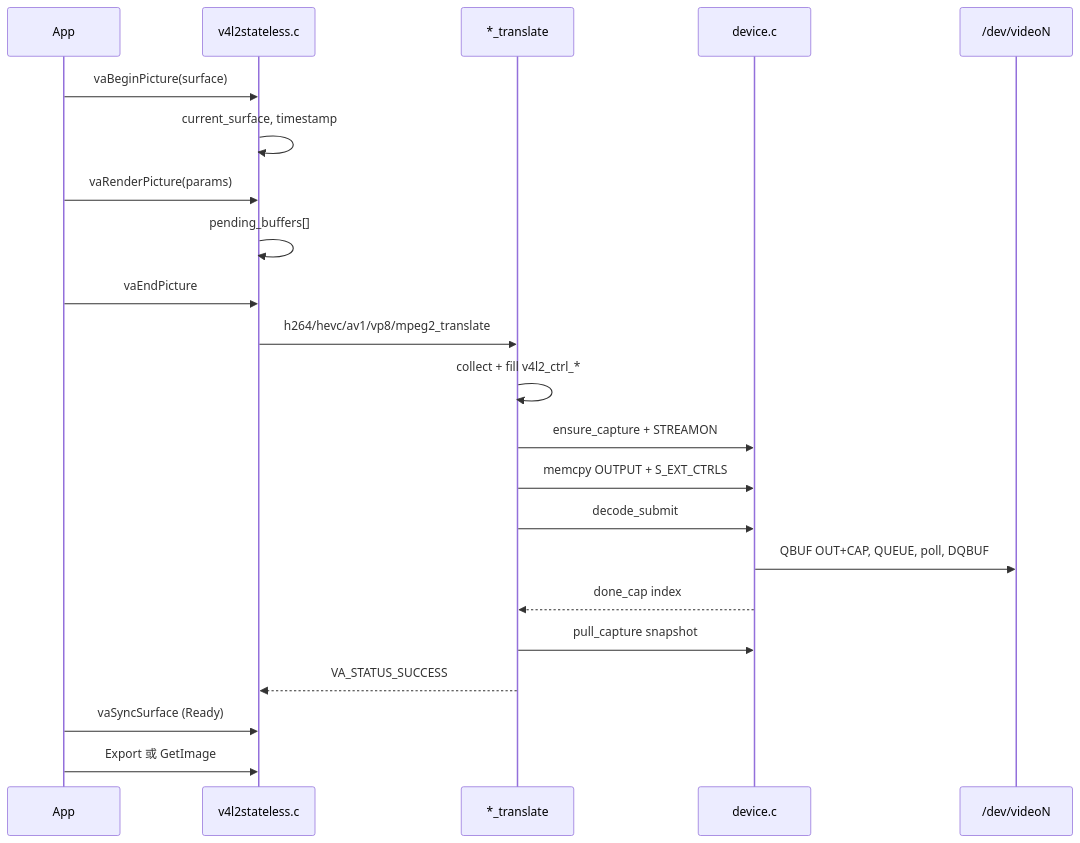
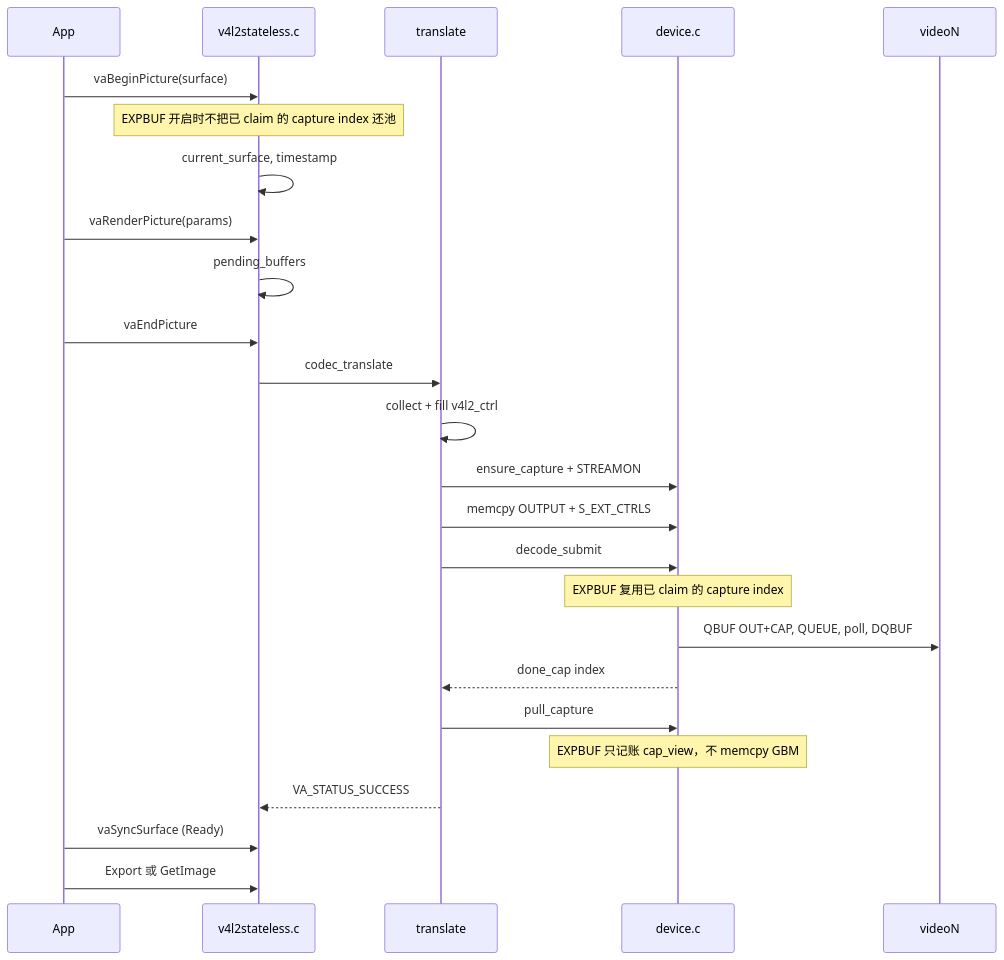
The diagram in docs/pipeline/decode.md (pty819/vaapi-v4l2-bridge), drawn with Mermaid before and after one commit. The commit also changed other lines of this file and 26 other files, not shown here.

````diff
--- a/docs/pipeline/decode.md
+++ b/docs/pipeline/decode.md
@@ -6,24 +6,27 @@
 ```{mermaid}
 sequenceDiagram
   participant App
   participant Front as v4l2stateless.c
-  participant Tx as *_translate
+  participant Tx as translate
   participant Dev as device.c
-  participant VPU as /dev/videoN
+  participant VPU as videoN
   App->>Front: vaBeginPicture(surface)
+  Note over Front: EXPBUF 开启时不把已 claim 的 capture index 还池
   Front->>Front: current_surface, timestamp
   App->>Front: vaRenderPicture(params)
-  Front->>Front: pending_buffers[]
+  Front->>Front: pending_buffers
   App->>Front: vaEndPicture
-  Front->>Tx: h264/hevc/av1/vp8/mpeg2_translate
-  Tx->>Tx: collect + fill v4l2_ctrl_*
+  Front->>Tx: codec_translate
+  Tx->>Tx: collect + fill v4l2_ctrl
   Tx->>Dev: ensure_capture + STREAMON
   Tx->>Dev: memcpy OUTPUT + S_EXT_CTRLS
   Tx->>Dev: decode_submit
+  Note over Dev: EXPBUF 复用已 claim 的 capture index
   Dev->>VPU: QBUF OUT+CAP, QUEUE, poll, DQBUF
   Dev-->>Tx: done_cap index
-  Tx->>Dev: pull_capture snapshot
+  Tx->>Dev: pull_capture
+  Note over Dev: EXPBUF 只记账 cap_view，不 memcpy GBM
   Tx-->>Front: VA_STATUS_SUCCESS
   App->>Front: vaSyncSurface (Ready)
   App->>Front: Export 或 GetImage
 ```
````
